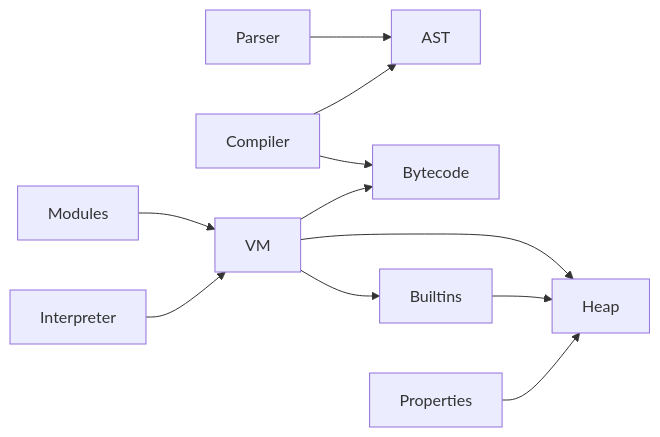
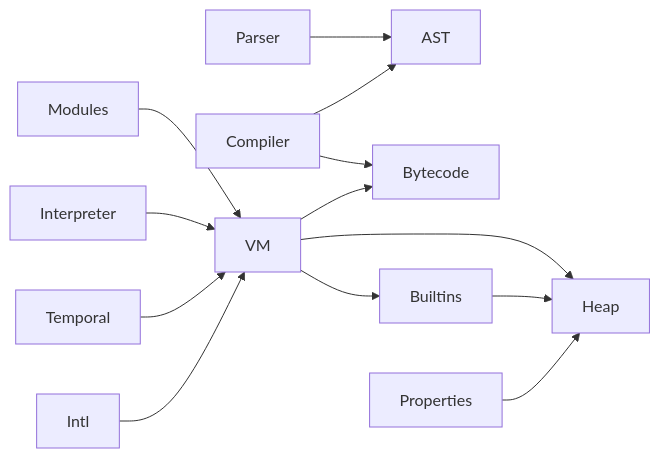
The diagram in development/browser_core/phase-13-bluejs-engine/BLUEJS_MODULE_ARCHITECTURE.md (ephoton0210/blueice), drawn with Mermaid before and after one commit. The commit also changed other lines of this file and 23 other files, not shown here.

````diff
--- a/development/browser_core/phase-13-bluejs-engine/BLUEJS_MODULE_ARCHITECTURE.md
+++ b/development/browser_core/phase-13-bluejs-engine/BLUEJS_MODULE_ARCHITECTURE.md
@@ -41,13 +24,15 @@
 ```mermaid
 flowchart LR
     Parser --> AST
     Compiler --> AST
     Compiler --> Bytecode
     VM --> Bytecode
     VM --> Heap
     VM --> Builtins
     Builtins --> Heap
     Modules --> VM
     Interpreter --> VM
     Properties --> Heap
+    Temporal --> VM
+    Intl --> VM
 ```
````
